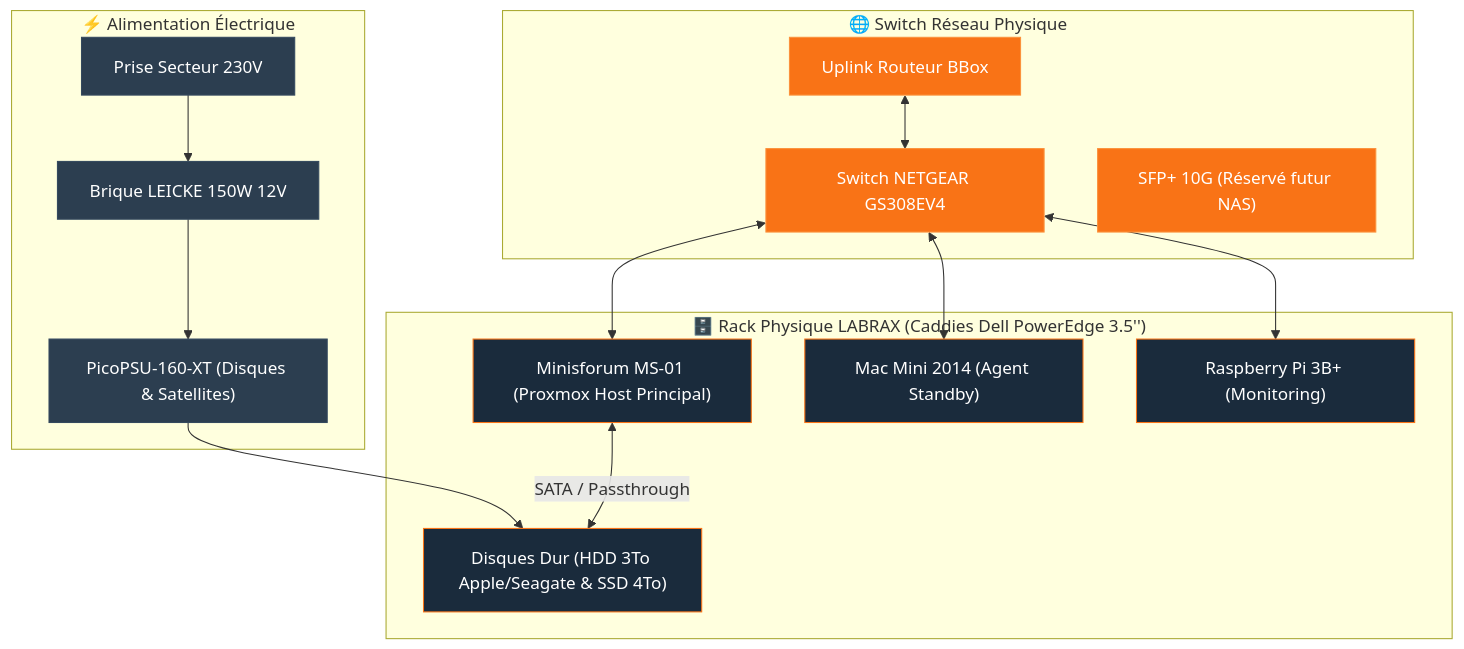
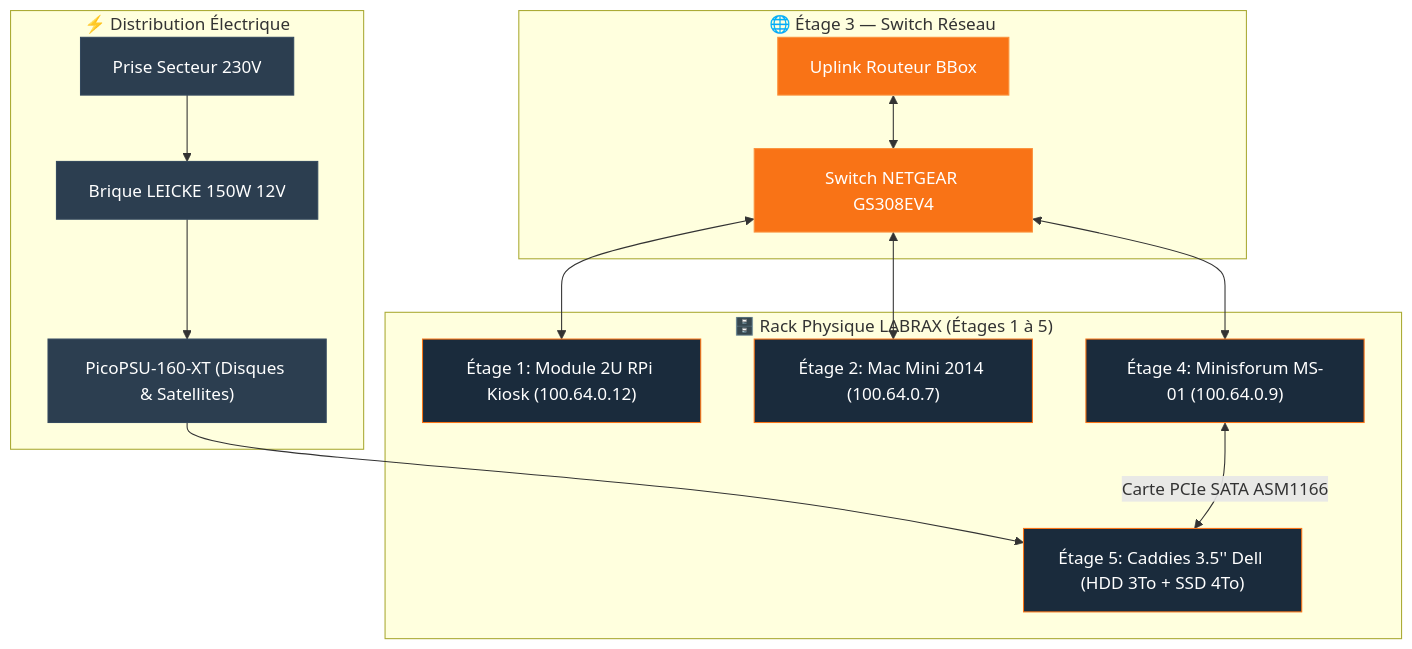
One commit to ims-world/docs changed the diagram in infrastructure/labrax.md. Above: the diagram before and after it, drawn with Mermaid. The commit also changed other lines of this file, not shown here.

Commit message:
feat(labrax): restructuration modulee par etage (Option A - tabs interactifs pour chaque etage du rack 3D)

````diff
--- a/infrastructure/labrax.md
+++ b/infrastructure/labrax.md
@@ -35,38 +114,37 @@
 ```mermaid
 graph TB
-    subgraph POWER ["⚡ Alimentation Électrique"]
+    subgraph POWER ["⚡ Distribution Électrique"]
         SECTEUR["Prise Secteur 230V"]
         LEICKE["Brique LEICKE 150W 12V"]
         PICO["PicoPSU-160-XT (Disques & Satellites)"]
         SECTEUR --> LEICKE
         LEICKE --> PICO
     end
 
-    subgraph SWITCH ["🌐 Switch Réseau Physique"]
+    subgraph SWITCH ["🌐 Étage 3 — Switch Réseau"]
         NETGEAR["Switch NETGEAR GS308EV4"]
         BBOX["Uplink Routeur BBox"]
-        SFP["SFP+ 10G (Réservé futur NAS)"]
         BBOX <--> NETGEAR
     end
 
-    subgraph RACK ["🗄️ Rack Physique LABRAX (Caddies Dell PowerEdge 3.5'')"]
-        MS01["Minisforum MS-01 (Proxmox Host Principal)"]
-        MAC_MINI["Mac Mini 2014 (Agent Standby)"]
-        RPI["Raspberry Pi 3B+ (Monitoring)"]
-        HDD_DISKS["Disques Dur (HDD 3To Apple/Seagate & SSD 4To)"]
+    subgraph SLOTS ["🗄️ Rack Physique LABRAX (Étages 1 à 5)"]
+        RPI["Étage 1: Module 2U RPi Kiosk (100.64.0.12)"]
+        MAC_MINI["Étage 2: Mac Mini 2014 (100.64.0.7)"]
+        MS01["Étage 4: Minisforum MS-01 (100.64.0.9)"]
+        HDD_DISKS["Étage 5: Caddies 3.5'' Dell (HDD 3To + SSD 4To)"]
     end
 
     NETGEAR <--> MS01
     NETGEAR <--> MAC_MINI
     NETGEAR <--> RPI
 
     PICO --> HDD_DISKS
-    MS01 <-->|SATA / Passthrough| HDD_DISKS
+    MS01 <-->|Carte PCIe SATA ASM1166| HDD_DISKS
 
     classDef pwr fill:#2c3e50,stroke:#34495e,color:#fff;
     classDef net fill:#F97316,stroke:#FB923C,color:#fff;
     classDef node fill:#1a2b3c,stroke:#F97316,color:#fff;
     class SECTEUR,LEICKE,PICO pwr;
-    class NETGEAR,BBOX,SFP net;
+    class NETGEAR,BBOX net;
     class MS01,MAC_MINI,RPI,HDD_DISKS node;
 ```
````
